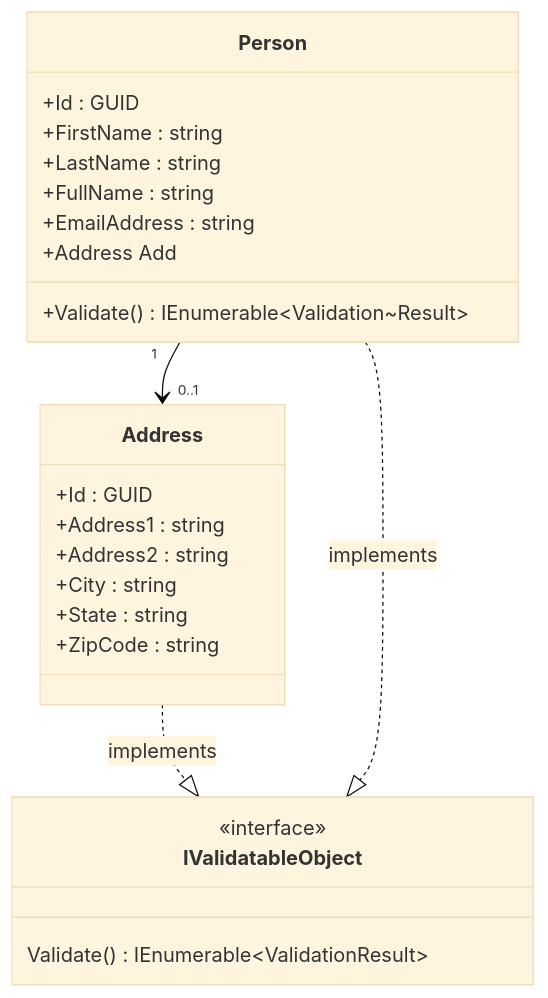
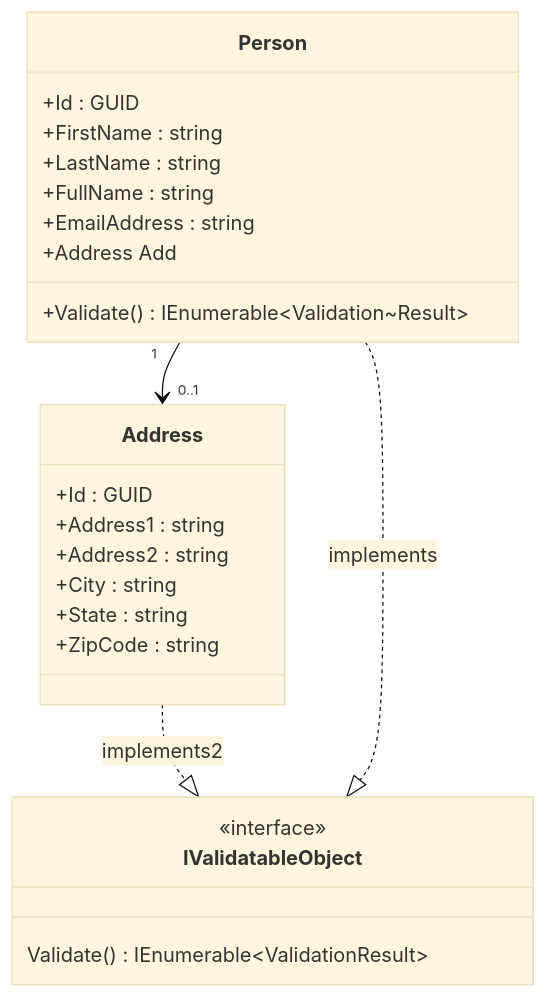
Before and after one commit to JChrisCompton/Solitaire_TDD: the second of 4 diagrams in README.md, drawn with Mermaid (base theme). The commit also changed other lines of this file, not shown here.

Commit message:
Attempting a classs diagram of Pile implements iPile, but I'm not sure it looks right.

````diff
--- a/README.md
+++ b/README.md
@@ -40,27 +40,27 @@
 ```mermaid
 classDiagram
 	class IValidatableObject {
 		<<interface>>
 		Validate() IEnumerable~ValidationResult~
 	}
 	class Address {
 		+Id : GUID
 		+Address1 : string
 		+Address2 : string
 		+City : string
 		+State : string
 		+ZipCode : string
 	}
-	Address ..|> IValidatableObject : implements
+	Address ..|> IValidatableObject : implements2
 	class Person {
 		+Id : GUID
 		+FirstName : string
 		+LastName : string
 		+FullName : string
 		+EmailAddress : string
 		+Address Add
 		+Validate() IEnumerable~Validation~Result~
 	}
 	Person ..|> IValidatableObject : implements
 	Person "1" --> "0..1" Address
 ```
````
